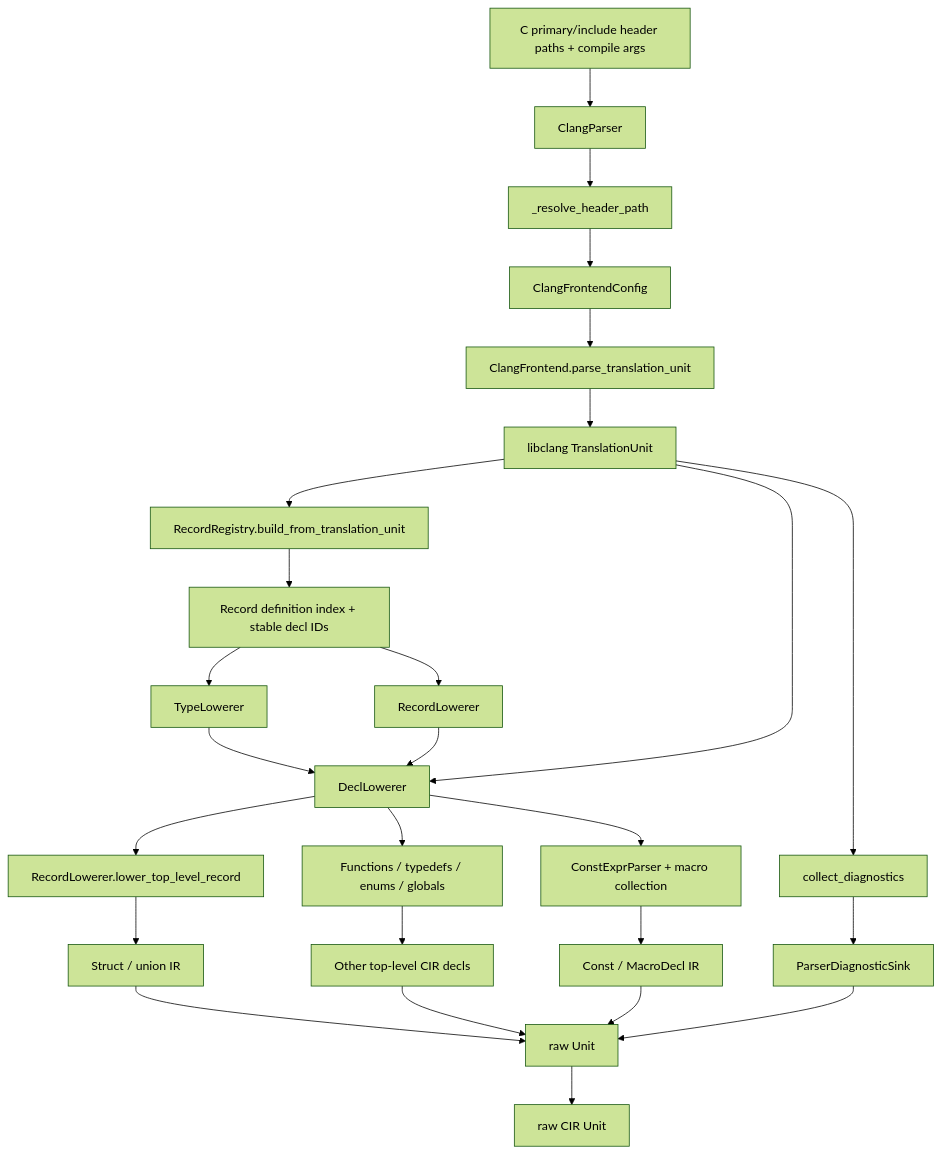
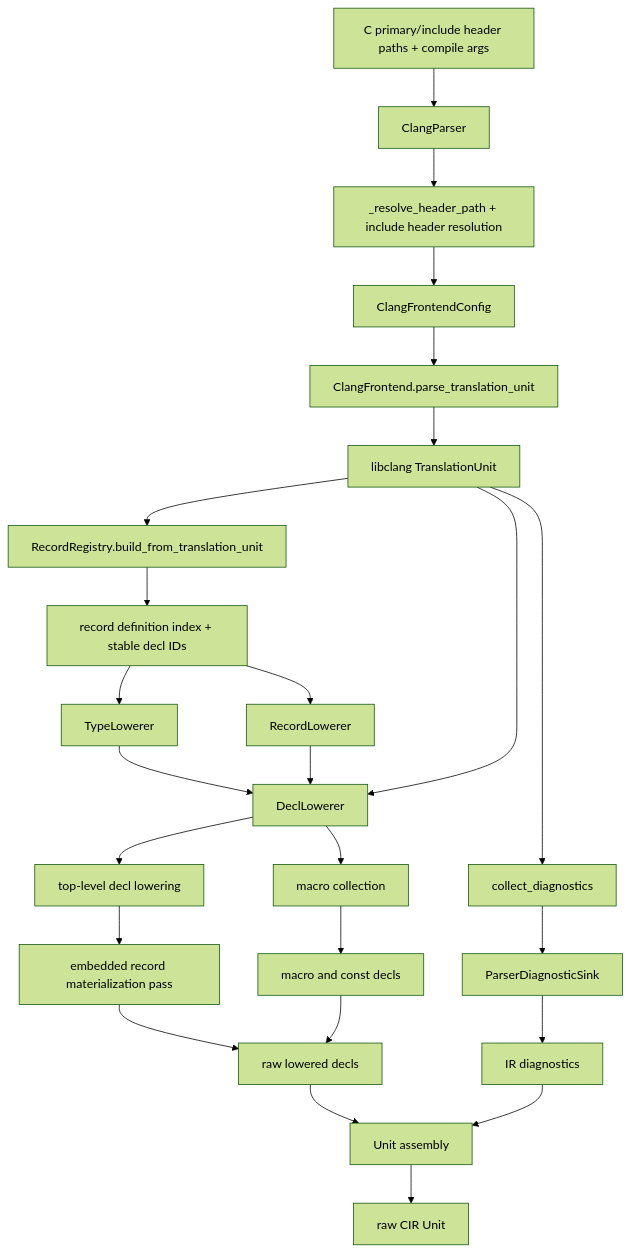
The diagram in docs/parsing_c_to_cir_pipeline.md (MoSafi2/mojo_bindgen), drawn with Mermaid (forest theme) before and after one commit. The commit also changed other lines of this file and 5 other files, not shown here.

````diff
--- a/docs/parsing_c_to_cir_pipeline.md
+++ b/docs/parsing_c_to_cir_pipeline.md
@@ -9,35 +9,33 @@
 ```mermaid
 flowchart TD
     A[C primary/include header paths + compile args] --> B[ClangParser]
-    B --> C[_resolve_header_path]
+    B --> C[_resolve_header_path + include header resolution]
     C --> D[ClangFrontendConfig]
     D --> E[ClangFrontend.parse_translation_unit]
     E --> F[libclang TranslationUnit]
 
     F --> G[collect_diagnostics]
     G --> H[ParserDiagnosticSink]
 
     F --> I[RecordRegistry.build_from_translation_unit]
-    I --> J[Record definition index + stable decl IDs]
+    I --> J[record definition index + stable decl IDs]
 
     J --> K[TypeLowerer]
     J --> L[RecordLowerer]
     K --> M[DeclLowerer]
     L --> M
     F --> M
 
-    M --> N[Functions / typedefs / enums / globals]
-    M --> O[RecordLowerer.lower_top_level_record]
-    M --> P[ConstExprParser + macro collection]
+    M --> N[top-level decl lowering]
+    M --> O[macro collection]
+    N --> P[embedded record materialization pass]
+    O --> Q[macro and const decls]
 
-    O --> Q[Struct / union IR]
-    N --> R[Other top-level CIR decls]
-    P --> S[Const / MacroDecl IR]
-
-    Q --> T[raw Unit]
-    R --> T
+    P --> R[raw lowered decls]
+    Q --> R
+    H --> S[IR diagnostics]
+    R --> T[Unit assembly]
     S --> T
-    H --> T
 
     T --> U[raw CIR Unit]
 ```
````
